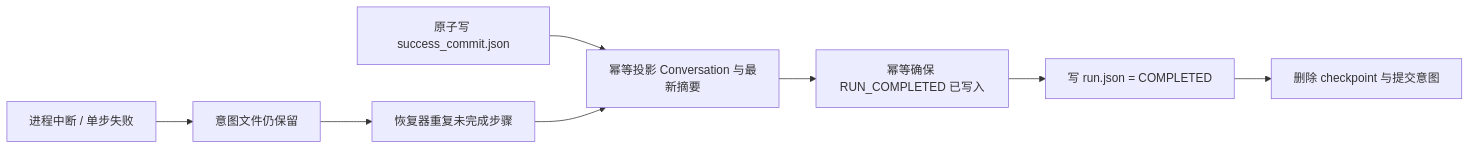
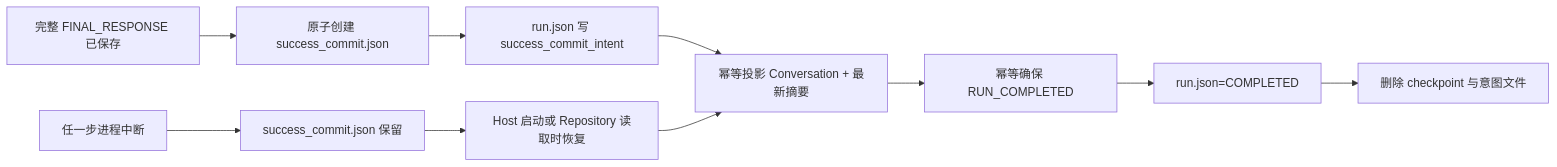
Before and after one commit to aandbcct/dotClaw: diagram 12 of 14 in docs/wiki/Runtime 模块总体说明.md, drawn with Mermaid. The commit also changed other lines of this file and 6 other files, not shown here.

````diff
--- a/docs/wiki/Runtime 模块总体说明.md
+++ b/docs/wiki/Runtime 模块总体说明.md
@@ -396,10 +1435,13 @@
 ```mermaid
 flowchart LR
-    A["原子写 success_commit.json"] --> B["幂等投影 Conversation 与最新摘要"]
-    B --> C["幂等确保 RUN_COMPLETED 已写入"]
-    C --> D["写 run.json = COMPLETED"]
-    D --> E["删除 checkpoint 与提交意图"]
-    F["进程中断 / 单步失败"] --> G["意图文件仍保留"]
-    G --> H["恢复器重复未完成步骤"]
-    H --> B
+    Final["完整 FINAL_RESPONSE 已保存"] --> Intent["原子创建 success_commit.json"]
+    Intent --> Control["run.json 写 success_commit_intent"]
+    Control --> Projection["幂等投影 Conversation + 最新摘要"]
+    Projection --> Event["幂等确保 RUN_COMPLETED"]
+    Event --> Finalize["run.json=COMPLETED"]
+    Finalize --> Cleanup["删除 checkpoint 与意图文件"]
+
+    Crash["任一步进程中断"] --> Remain["success_commit.json 保留"]
+    Remain --> Recover["Host 启动或 Repository 读取时恢复"]
+    Recover --> Projection
 ```
````
